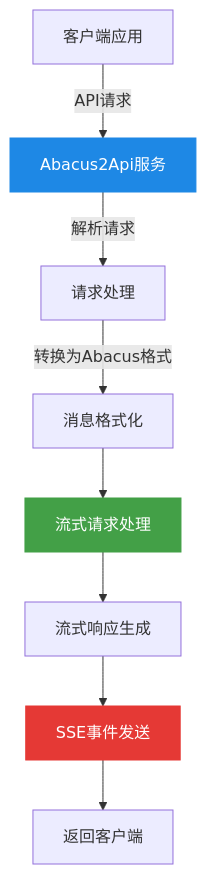
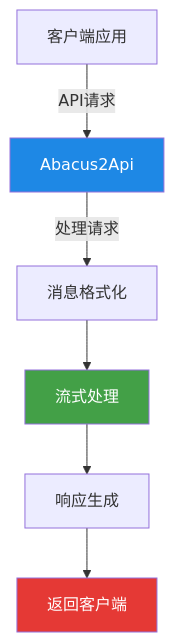
Before and after one commit to justhil/abacus2api: the first of 2 diagrams in readme.md, drawn with Mermaid. The commit also changed other lines of this file, not shown here.

````diff
--- a/readme.md
+++ b/readme.md
@@ -29,14 +29,13 @@
 ```mermaid
-graph TD
-    Client[客户端应用] -->|API请求| A[Abacus2Api服务]
-    A -->|解析请求| B[请求处理]
-    B -->|转换为Abacus格式| C[消息格式化]
-    C --> E[流式请求处理]
-    E --> F[流式响应生成]
-    F --> G[SSE事件发送]
-    G --> H[返回客户端]
+flowchart TD
+    A[客户端应用] -->|API请求| B
+    B[Abacus2Api] -->|处理请求| C
+    C[消息格式化] --> D
+    D[流式处理] --> E
+    E[响应生成] --> F
+    F[返回客户端]
     
-    style A fill:#1e88e5,stroke:#1e88e5,color:white
-    style E fill:#43a047,stroke:#43a047,color:white
-    style G fill:#e53935,stroke:#e53935,color:white
+    style B fill:#1e88e5,color:white
+    style D fill:#43a047,color:white
+    style F fill:#e53935,color:white
 ```
````
